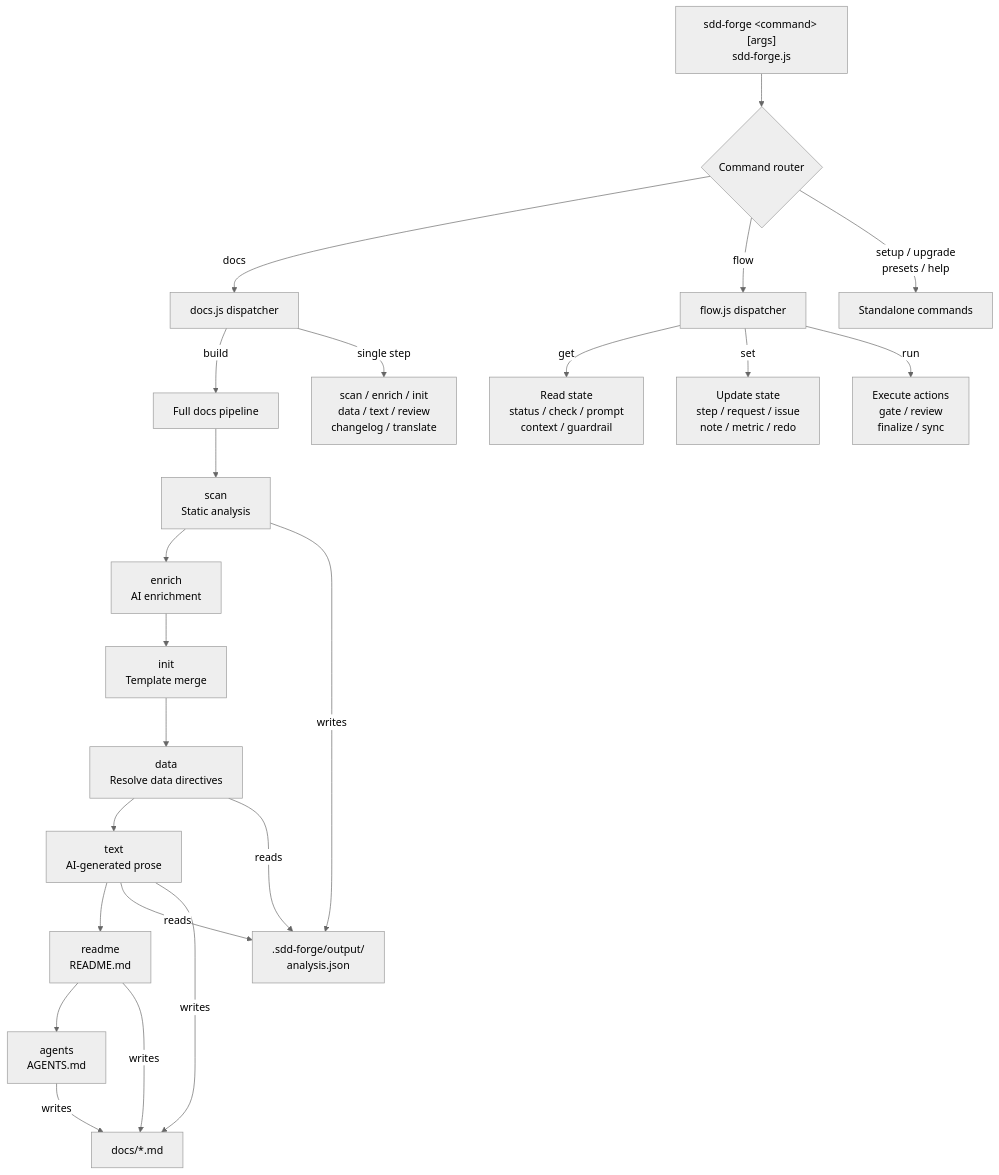
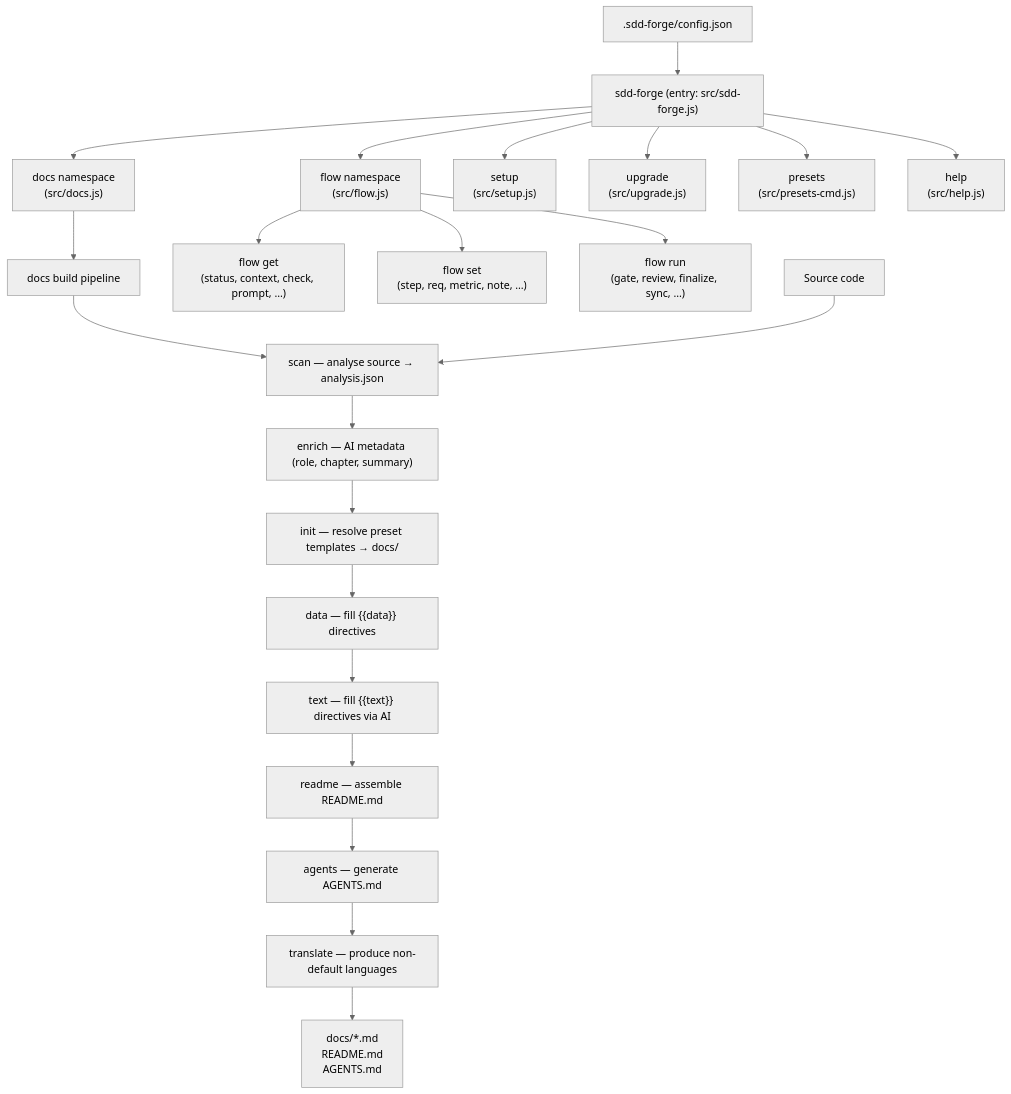
One commit to SpreadWorks/sdd-forge changed the diagram in docs/overview.md. Above: the diagram before and after it, drawn with Mermaid (neutral theme). The commit also changed other lines of this file and 10 other files, not shown here.

````diff
--- a/docs/overview.md
+++ b/docs/overview.md
@@ -29,27 +29,28 @@
 ```mermaid
 flowchart TD
-    CLI["sdd-forge &lt;command&gt; [args]\nsdd-forge.js"] --> Router{Command router}
+    CLI["sdd-forge (entry: src/sdd-forge.js)"]
+    CLI --> DOCS["docs namespace\n(src/docs.js)"]
+    CLI --> FLOW["flow namespace\n(src/flow.js)"]
+    CLI --> SETUP["setup\n(src/setup.js)"]
+    CLI --> UPGRADE["upgrade\n(src/upgrade.js)"]
+    CLI --> PRESETS["presets\n(src/presets-cmd.js)"]
+    CLI --> HELP["help\n(src/help.js)"]
 
-    Router -->|"docs"| DocsJS[docs.js dispatcher]
-    Router -->|"flow"| FlowJS[flow.js dispatcher]
-    Router -->|"setup / upgrade\npresets / help"| Standalone[Standalone commands]
+    DOCS --> BUILD["docs build pipeline"]
+    BUILD --> SCAN["scan — analyse source → analysis.json"]
+    SCAN --> ENRICH["enrich — AI metadata (role, chapter, summary)"]
+    ENRICH --> INIT["init — resolve preset templates → docs/"]
+    INIT --> DATA["data — fill {{data}} directives"]
+    DATA --> TEXT["text — fill {{text}} directives via AI"]
+    TEXT --> README["readme — assemble README.md"]
+    README --> AGENTS["agents — generate AGENTS.md"]
+    AGENTS --> TRANSLATE["translate — produce non-default languages"]
 
-    DocsJS -->|"build"| Pipeline[Full docs pipeline]
-    Pipeline --> S1[scan\nStatic analysis]
-    S1 --> S2[enrich\nAI enrichment]
-    S2 --> S3[init\nTemplate merge]
-    S3 --> S4[data\nResolve data directives]
-    S4 --> S5[text\nAI-generated prose]
-    S5 --> S6[readme\nREADME.md]
-    S6 --> S7[agents\nAGENTS.md]
+    FLOW --> GET["flow get\n(status, context, check, prompt, …)"]
+    FLOW --> SET["flow set\n(step, req, metric, note, …)"]
+    FLOW --> RUN["flow run\n(gate, review, finalize, sync, …)"]
 
-    DocsJS -->|"single step"| Single["scan / enrich / init\ndata / text / review\nchangelog / translate"]
-
-    FlowJS -->|"get"| Get["Read state\nstatus / check / prompt\ncontext / guardrail"]
-    FlowJS -->|"set"| Set["Update state\nstep / request / issue\nnote / metric / redo"]
-    FlowJS -->|"run"| Run["Execute actions\ngate / review\nfinalize / sync"]
-
-    S1 -->|writes| Analysis[".sdd-forge/output/\nanalysis.json"]
-    S4 & S5 -->|reads| Analysis
-    S5 & S6 & S7 -->|writes| Docs["docs/*.md"]
+    SRC["Source code"] --> SCAN
+    CFG[".sdd-forge/config.json"] --> CLI
+    TRANSLATE --> OUT["docs/*.md\nREADME.md\nAGENTS.md"]
 ```
````
